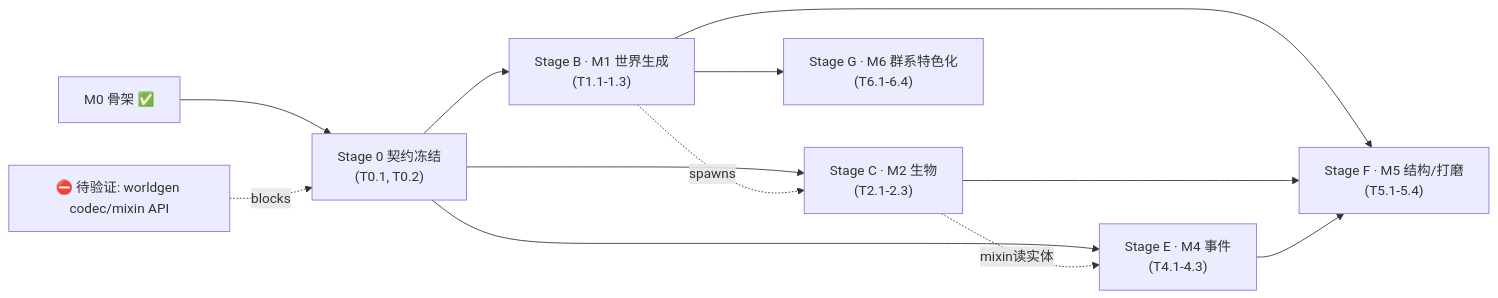
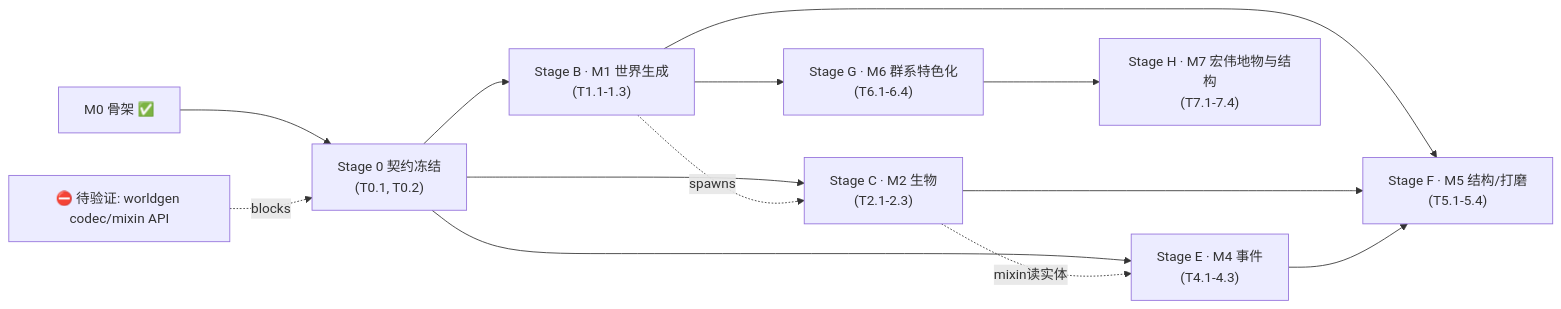
Before and after one commit to Tonywww2/Titan-Satellite: the diagram in docs/task-plan.md, drawn with Mermaid. The commit also changed other lines of this file and 92 other files, not shown here.

````diff
--- a/docs/task-plan.md
+++ b/docs/task-plan.md
@@ -98,14 +112,15 @@
 ```mermaid
 flowchart LR
     M0["M0 骨架 ✅"] --> S0["Stage 0 契约冻结\n(T0.1, T0.2)"]
     S0 --> B["Stage B · M1 世界生成\n(T1.1-1.3)"]
     S0 --> C["Stage C · M2 生物\n(T2.1-2.3)"]
     S0 --> E["Stage E · M4 事件\n(T4.1-4.3)"]
     B -.spawns.-> C
     C -.mixin读实体.-> E
     B --> F["Stage F · M5 结构/打磨\n(T5.1-5.4)"]
     C --> F
     E --> F
     B --> G["Stage G · M6 群系特色化\n(T6.1-6.4)"]
+    G --> H["Stage H · M7 宏伟地物与结构\n(T7.1-7.4)"]
     R1["⛔ 待验证: worldgen codec/mixin API"] -.blocks.-> S0
 ```
````
